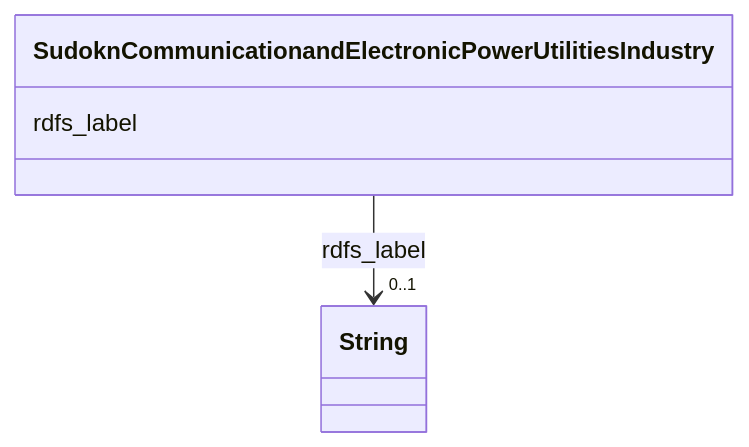
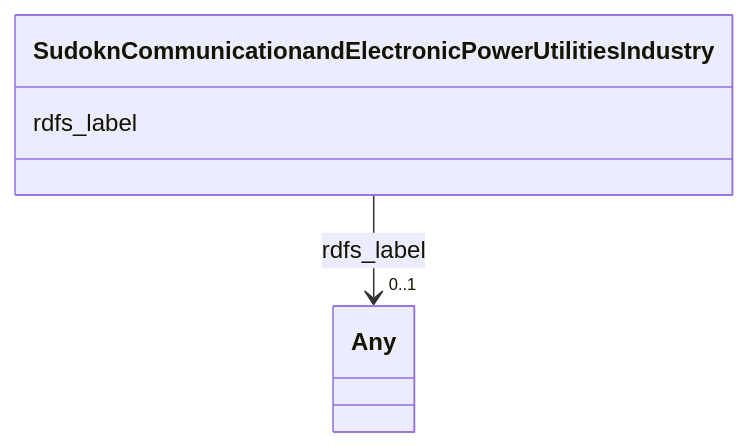
Before and after one commit to frink-okn/graph-descriptions: the diagram in sudokn-kg/classes/SudoknCommunicationandElectronicPowerUtilitiesIndustry.md, drawn with Mermaid. The commit also changed other lines of this file and 903 other files, not shown here.

````diff
--- a/sudokn-kg/classes/SudoknCommunicationandElectronicPowerUtilitiesIndustry.md
+++ b/sudokn-kg/classes/SudoknCommunicationandElectronicPowerUtilitiesIndustry.md
@@ -23,15 +18,15 @@
 ```mermaid
  classDiagram
     class SudoknCommunicationandElectronicPowerUtilitiesIndustry
     click SudoknCommunicationandElectronicPowerUtilitiesIndustry href "../SudoknCommunicationandElectronicPowerUtilitiesIndustry"
       SudoknCommunicationandElectronicPowerUtilitiesIndustry : rdfs_label
         
           
     
     
-    SudoknCommunicationandElectronicPowerUtilitiesIndustry --> "0..1" String : rdfs_label
-    click String href "../String"
+    SudoknCommunicationandElectronicPowerUtilitiesIndustry --> "0..1" Any : rdfs_label
+    click Any href "../Any"
 
         
       
 ```
````
